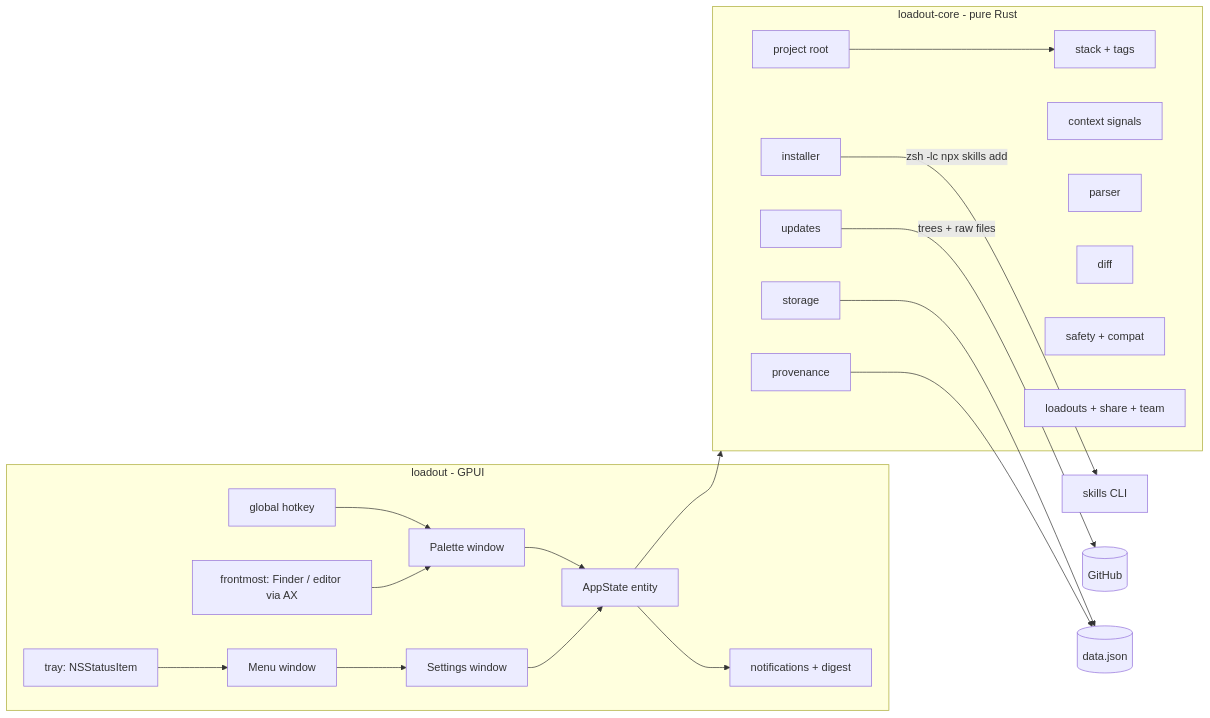
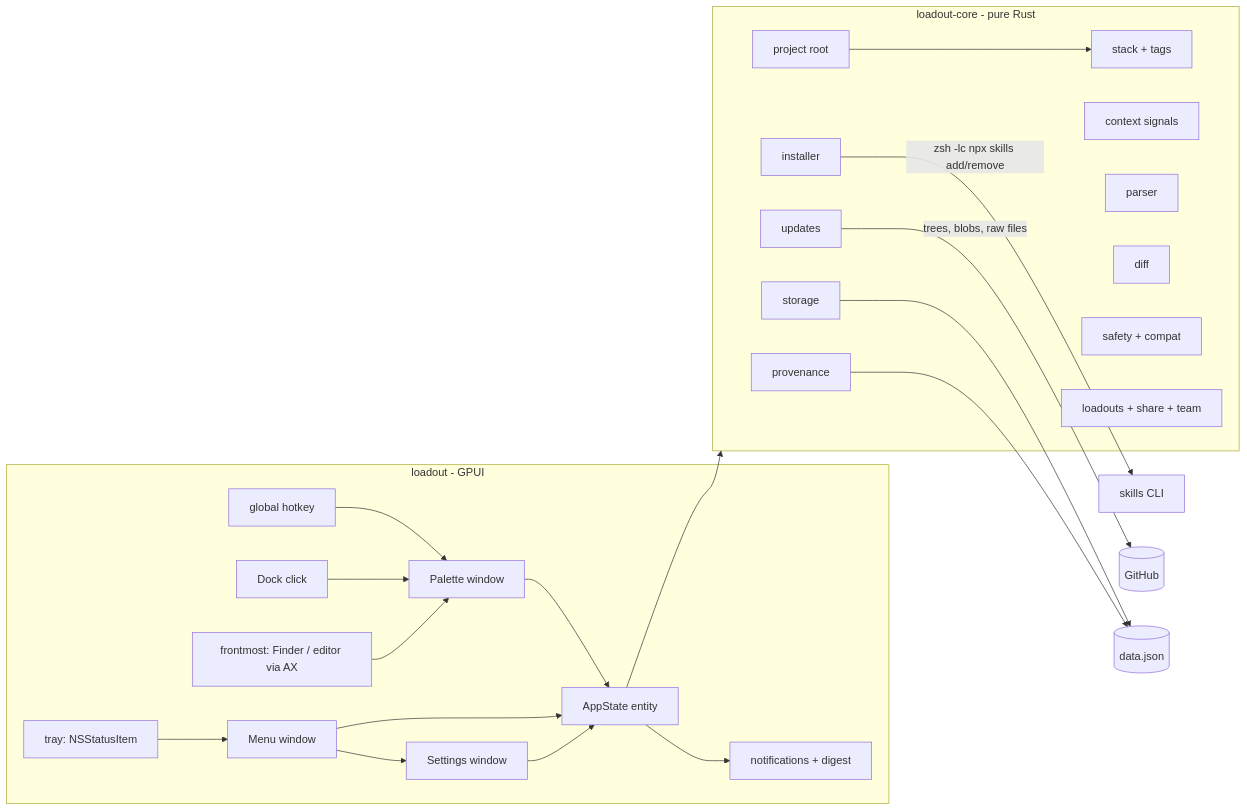
Before and after one commit to dangvanthanh/loadout: the diagram in docs/ARCHITECTURE.md, drawn with Mermaid. The commit also changed other lines of this file and 9 other files, not shown here.

````diff
--- a/docs/ARCHITECTURE.md
+++ b/docs/ARCHITECTURE.md
@@ -19,28 +24,30 @@
 ```mermaid
 flowchart LR
   subgraph app[loadout - GPUI]
     Hotkey[global hotkey] --> Palette[Palette window]
+    Dock[Dock click] --> Palette
     Front[frontmost: Finder / editor via AX] --> Palette
     Tray[tray: NSStatusItem] --> Menu[Menu window] --> Settings[Settings window]
     Palette --> State[AppState entity]
+    Menu --> State
     Settings --> State
     State --> Notify[notifications + digest]
   end
   subgraph core[loadout-core - pure Rust]
     Project[project root] --> Stack[stack + tags]
     Context[context signals]
     Parser[parser]
     Installer[installer]
     Updates[updates]
     Diff[diff]
     Safety[safety + compat]
     Loadouts[loadouts + share + team]
     Provenance[provenance]
     Storage[storage]
   end
   State --> core
-  Installer -->|zsh -lc npx skills add| CLI[skills CLI]
-  Updates -->|trees + raw files| GitHub[(GitHub)]
+  Installer -->|zsh -lc npx skills add/remove| CLI[skills CLI]
+  Updates -->|trees, blobs, raw files| GitHub[(GitHub)]
   Storage --> JSON[(data.json)]
   Provenance --> JSON
 ```
````
